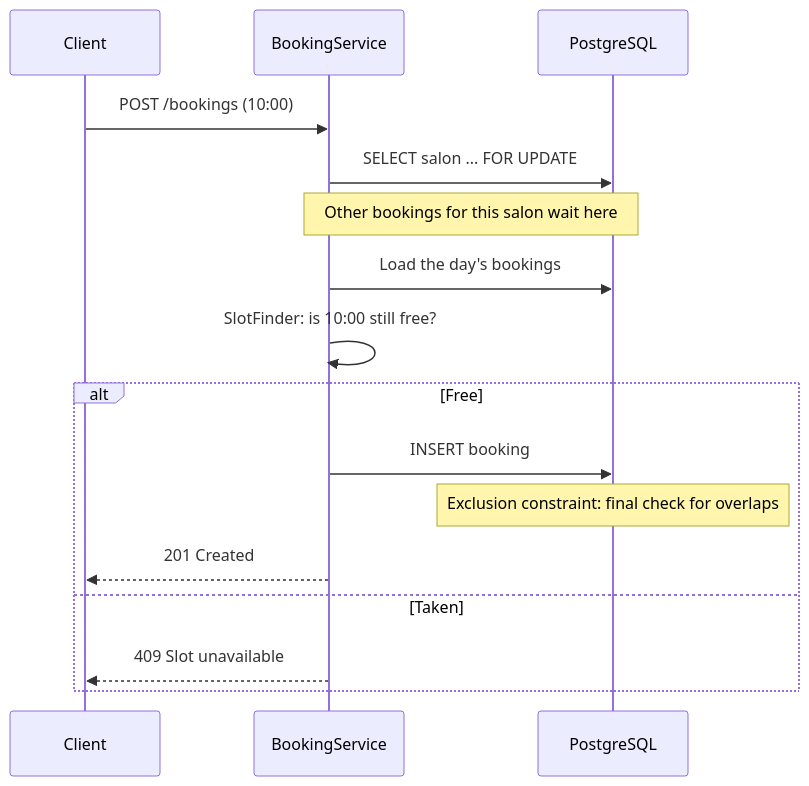
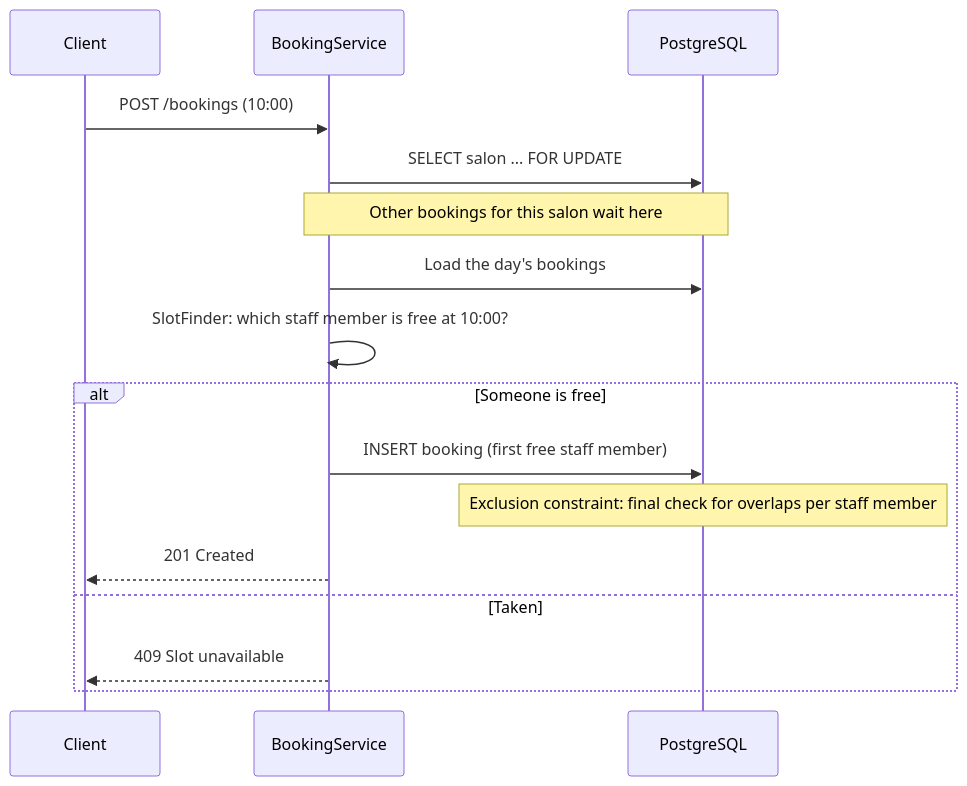
The third of 4 diagrams in README.md (afunemma/salon-booking-api), drawn with Mermaid before and after one commit. The commit also changed other lines of this file and 26 other files, not shown here.

````diff
--- a/README.md
+++ b/README.md
@@ -100,19 +100,19 @@
 ```mermaid
 sequenceDiagram
     participant C as Client
     participant S as BookingService
     participant DB as PostgreSQL
 
     C->>S: POST /bookings (10:00)
     S->>DB: SELECT salon ... FOR UPDATE
     Note over S,DB: Other bookings for this salon wait here
     S->>DB: Load the day's bookings
-    S->>S: SlotFinder: is 10:00 still free?
-    alt Free
-        S->>DB: INSERT booking
-        Note over DB: Exclusion constraint: final check for overlaps
+    S->>S: SlotFinder: which staff member is free at 10:00?
+    alt Someone is free
+        S->>DB: INSERT booking (first free staff member)
+        Note over DB: Exclusion constraint: final check for overlaps per staff member
         S-->>C: 201 Created
     else Taken
         S-->>C: 409 Slot unavailable
     end
 ```
````
